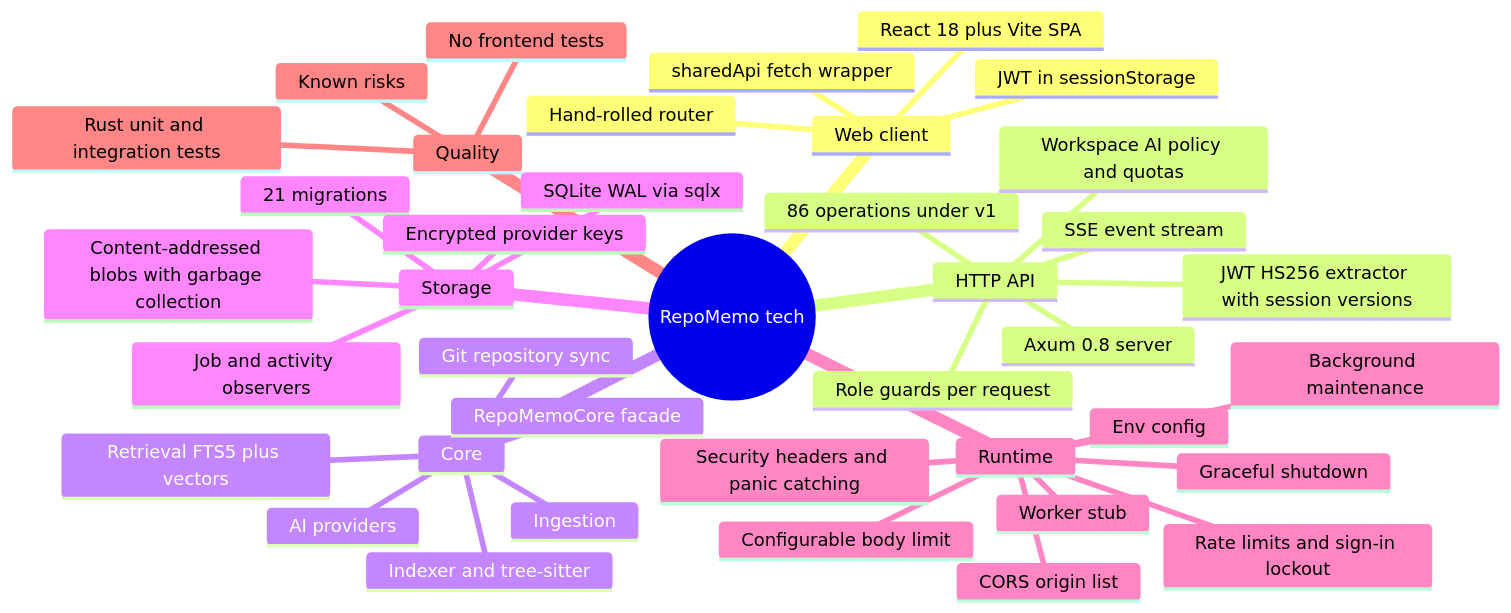
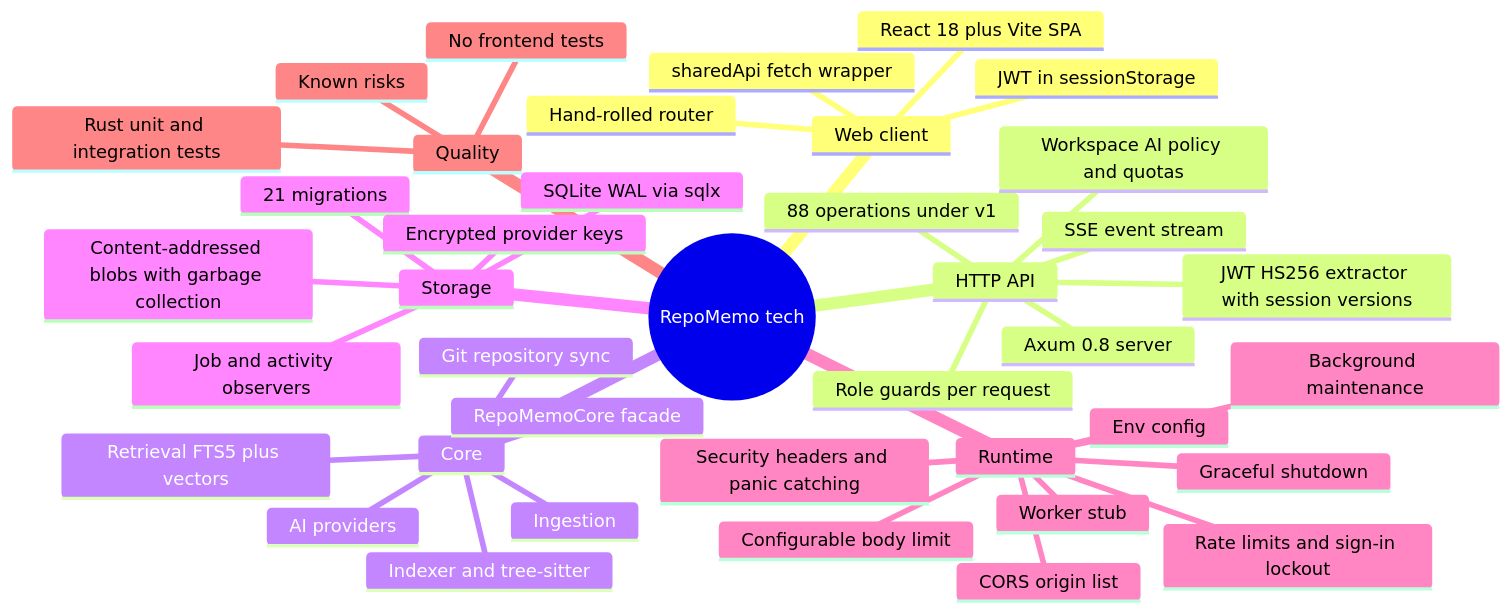
The first of 6 diagrams in mindmap/TECHNICAL_MINDMAP.md (winksen/RepoMemo), drawn with Mermaid before and after one commit. The commit also changed other lines of this file and 36 other files, not shown here.

````diff
--- a/mindmap/TECHNICAL_MINDMAP.md
+++ b/mindmap/TECHNICAL_MINDMAP.md
@@ -11,42 +11,42 @@
 ```mermaid
 mindmap
   root((RepoMemo tech))
     Web client
       React 18 plus Vite SPA
       Hand-rolled router
       sharedApi fetch wrapper
       JWT in sessionStorage
     HTTP API
       Axum 0.8 server
-      86 operations under v1
+      88 operations under v1
       JWT HS256 extractor with session versions
       Role guards per request
       Workspace AI policy and quotas
       SSE event stream
     Core
       RepoMemoCore facade
       Ingestion
       Indexer and tree-sitter
       Retrieval FTS5 plus vectors
       Git repository sync
       AI providers
     Storage
       SQLite WAL via sqlx
       21 migrations
       Content-addressed blobs with garbage collection
       Encrypted provider keys
       Job and activity observers
     Runtime
       Env config
       CORS origin list
       Configurable body limit
       Rate limits and sign-in lockout
       Security headers and panic catching
       Background maintenance
       Graceful shutdown
       Worker stub
     Quality
       Rust unit and integration tests
       No frontend tests
       Known risks
 ```
````
